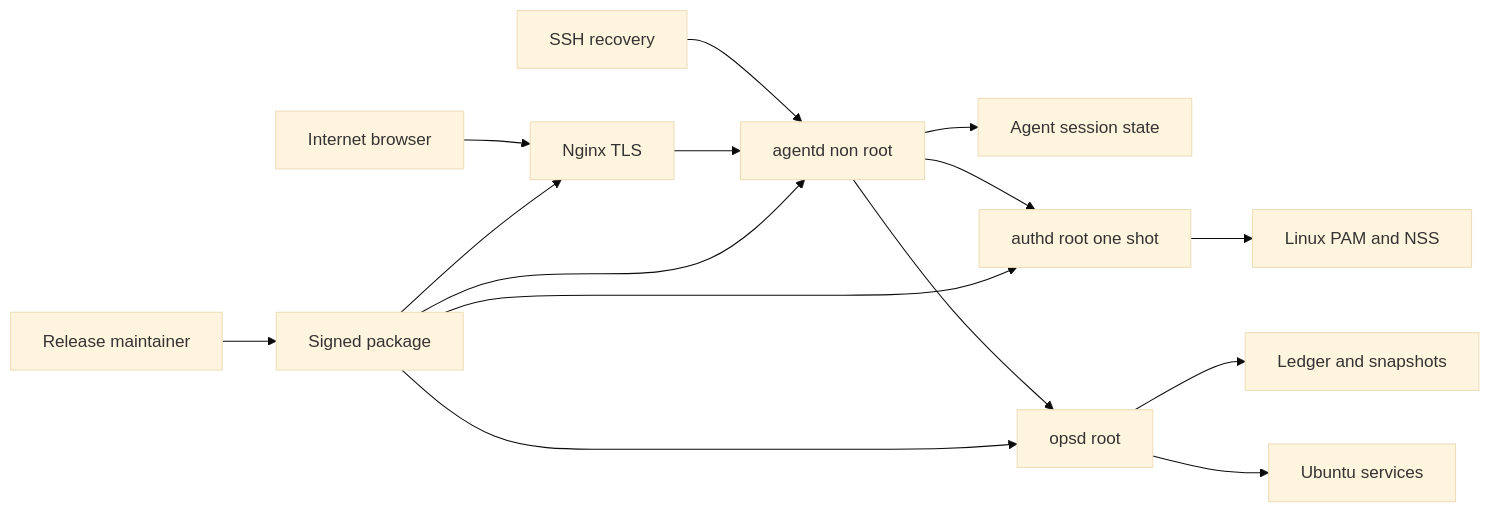
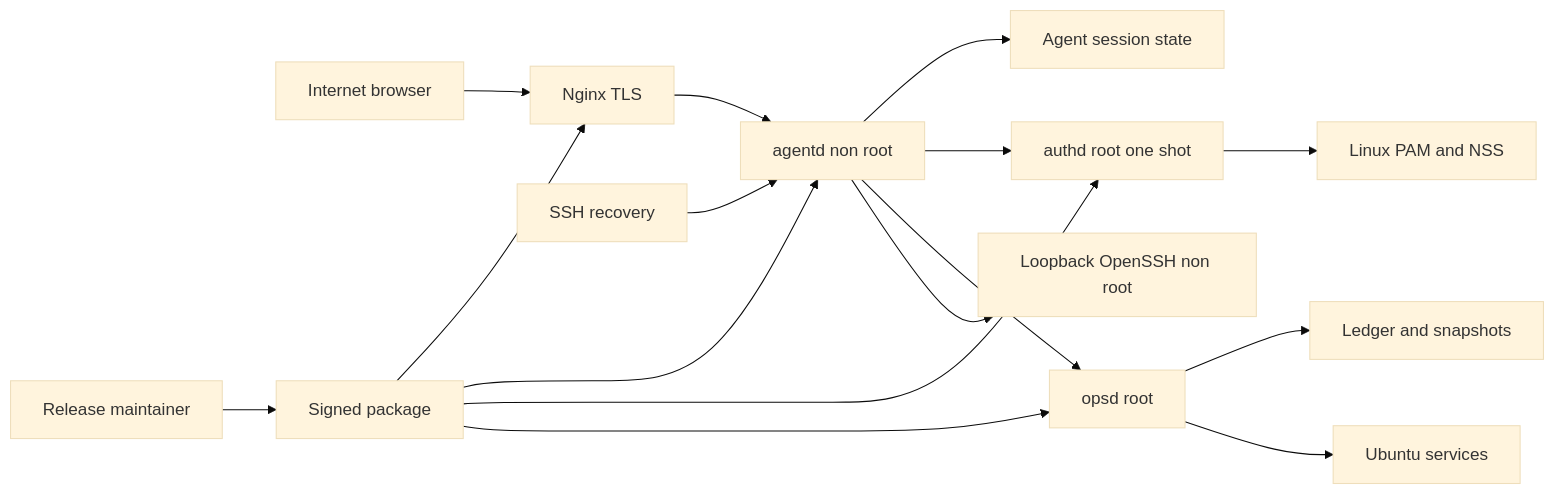
The diagram in docs/70-security/JW-agent-threat-model.md (jiwonpapa/jw-agent), drawn with Mermaid (base theme) before and after one commit. The commit also changed other lines of this file and 70 other files, not shown here.

````diff
--- a/docs/70-security/JW-agent-threat-model.md
+++ b/docs/70-security/JW-agent-threat-model.md
@@ -75,17 +80,18 @@
 ```mermaid
 flowchart LR
     I["Internet browser"] --> N["Nginx TLS"]
     S["SSH recovery"] --> A["agentd non root"]
     N --> A
     A --> D["Agent session state"]
     A --> H["authd root one shot"]
     H --> P["Linux PAM and NSS"]
     A --> O["opsd root"]
     O --> L["Ledger and snapshots"]
     O --> U["Ubuntu services"]
+    A --> Q["Loopback OpenSSH non root"]
     M["Release maintainer"] --> R["Signed package"]
     R --> N
     R --> A
     R --> H
     R --> O
 ```
````
